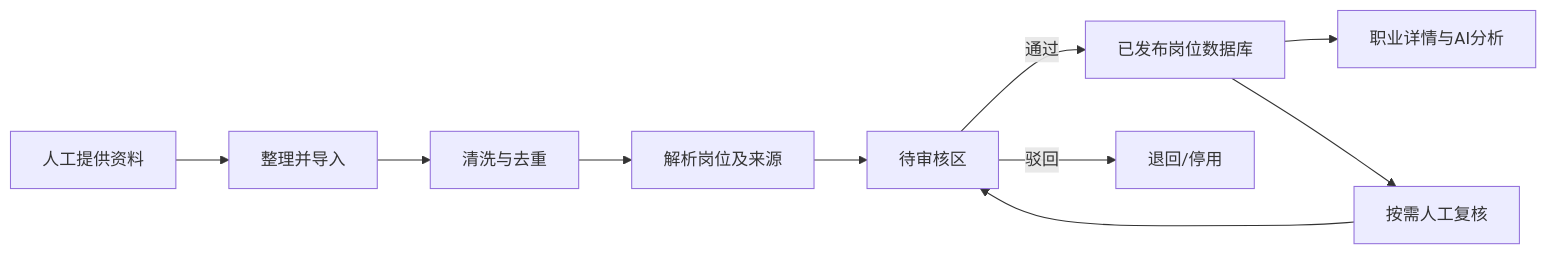
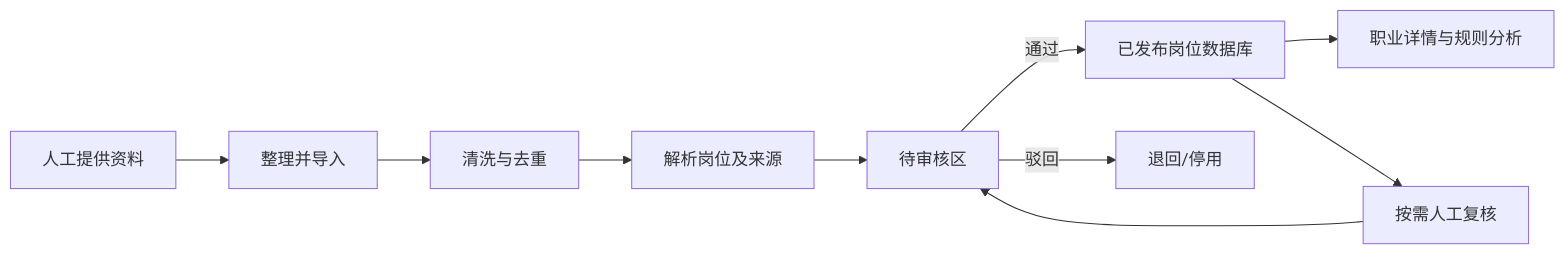
The second of 2 diagrams in docs/去向_PRD_V2.0.md (zhangyue2029-cmd/our_website), drawn with Mermaid before and after one commit. The commit also changed other lines of this file and 14 other files, not shown here.

````diff
--- a/docs/去向_PRD_V2.0.md
+++ b/docs/去向_PRD_V2.0.md
@@ -367,12 +367,12 @@
 ```mermaid
 flowchart LR
   A[人工提供资料] --> B[整理并导入]
   B --> C[清洗与去重]
   C --> D[解析岗位及来源]
   D --> E[待审核区]
   E -->|通过| F[已发布岗位数据库]
   E -->|驳回| G[退回/停用]
-  F --> H[职业详情与AI分析]
+  F --> H[职业详情与规则分析]
   F --> I[按需人工复核]
   I --> E
 ```
````
